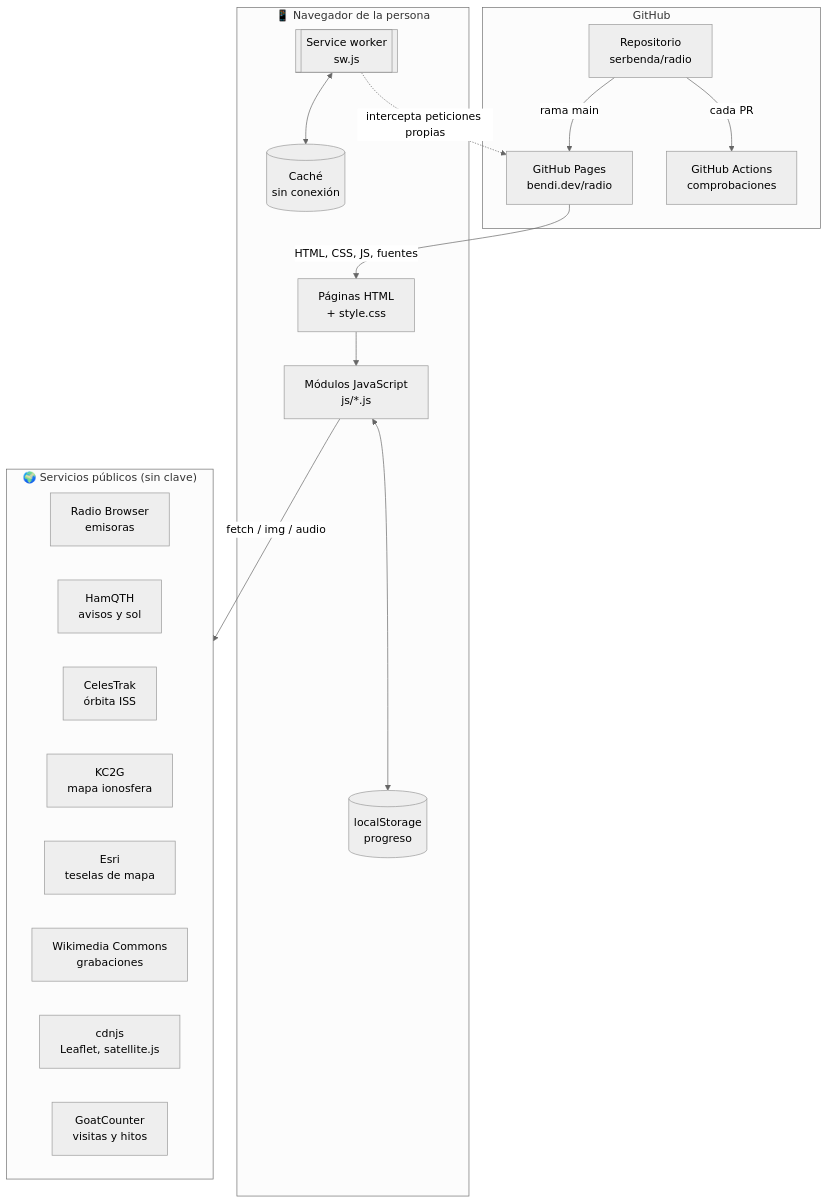
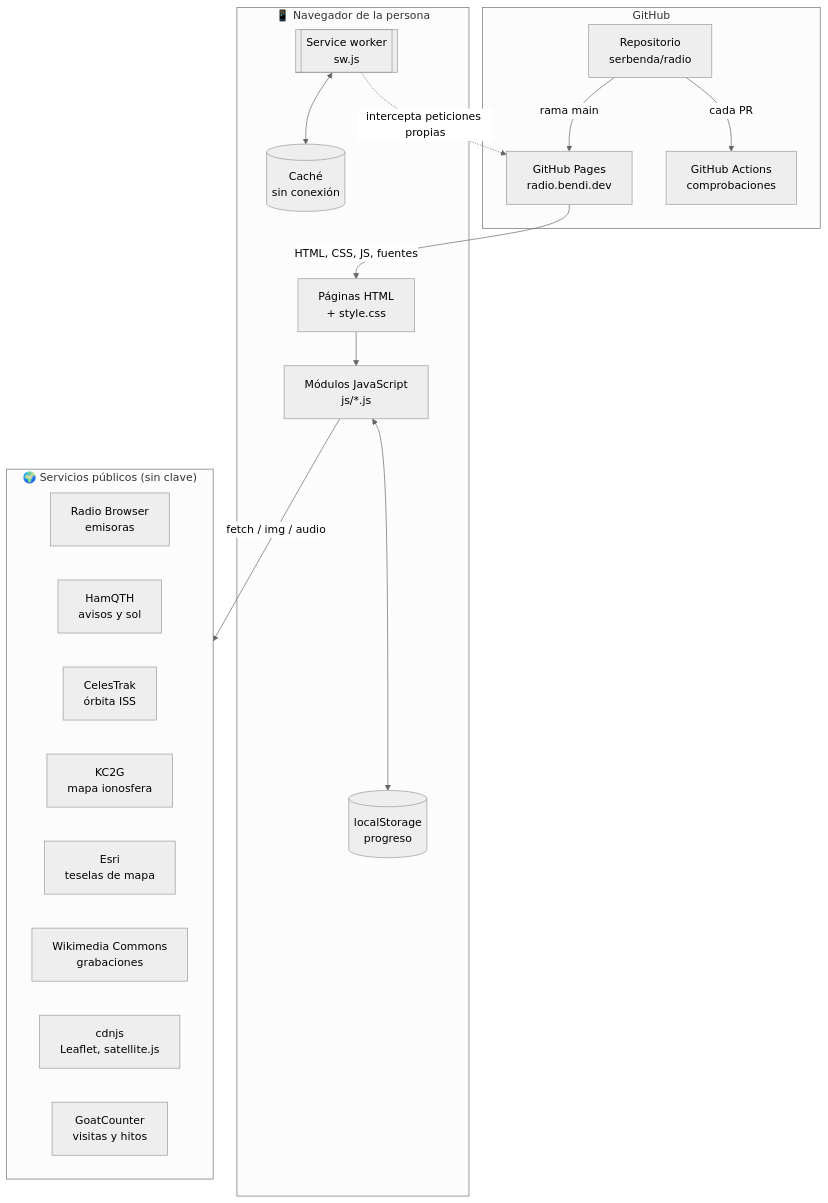
Before and after one commit to serbenda/radio: the first of 13 diagrams in docs/ARQUITECTURA.md, drawn with Mermaid (neutral theme). The commit also changed other lines of this file and 39 other files, not shown here.

First line of the commit message:
Dominio propio radio.bendi.dev

````diff
--- a/docs/ARQUITECTURA.md
+++ b/docs/ARQUITECTURA.md
@@ -20,36 +20,36 @@
 ```mermaid
 flowchart TB
   subgraph Persona["📱 Navegador de la persona"]
     P[Páginas HTML<br/>+ style.css]
     JS[Módulos JavaScript<br/>js/*.js]
     LS[(localStorage<br/>progreso)]
     SW[[Service worker<br/>sw.js]]
     CA[(Caché<br/>sin conexión)]
     P --> JS
     JS <--> LS
     SW <--> CA
   end
 
   subgraph GitHub["GitHub"]
     R[Repositorio<br/>serbenda/radio]
-    GP[GitHub Pages<br/>bendi.dev/radio]
+    GP[GitHub Pages<br/>radio.bendi.dev]
     GA[GitHub Actions<br/>comprobaciones]
     R -- rama main --> GP
     R -- cada PR --> GA
   end
 
   subgraph Servicios["🌍 Servicios públicos (sin clave)"]
     RB[Radio Browser<br/>emisoras]
     HQ[HamQTH<br/>avisos y sol]
     CT[CelesTrak<br/>órbita ISS]
     KC[KC2G<br/>mapa ionosfera]
     ES[Esri<br/>teselas de mapa]
     WC[Wikimedia Commons<br/>grabaciones]
     CD[cdnjs<br/>Leaflet, satellite.js]
     GC[GoatCounter<br/>visitas y hitos]
   end
 
   GP -- HTML, CSS, JS, fuentes --> P
   SW -. intercepta peticiones propias .-> GP
   JS -- fetch / img / audio --> Servicios
 ```
````
